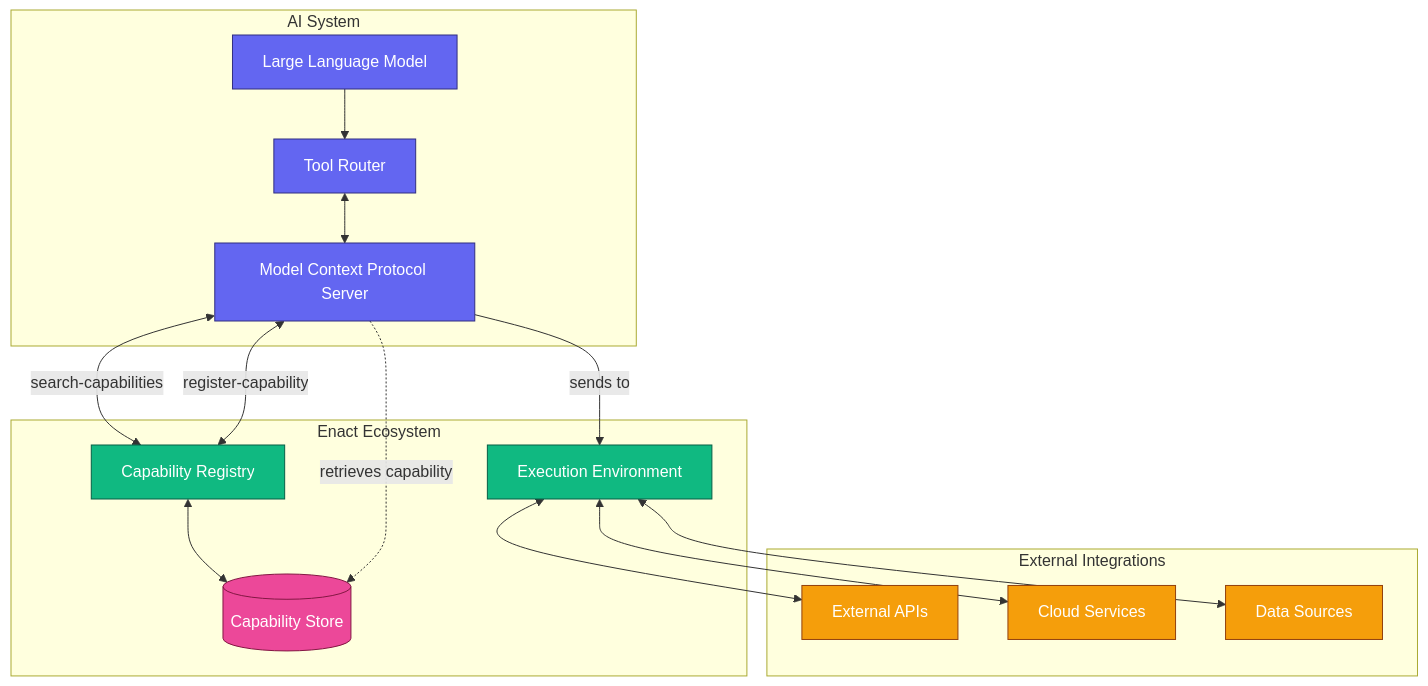
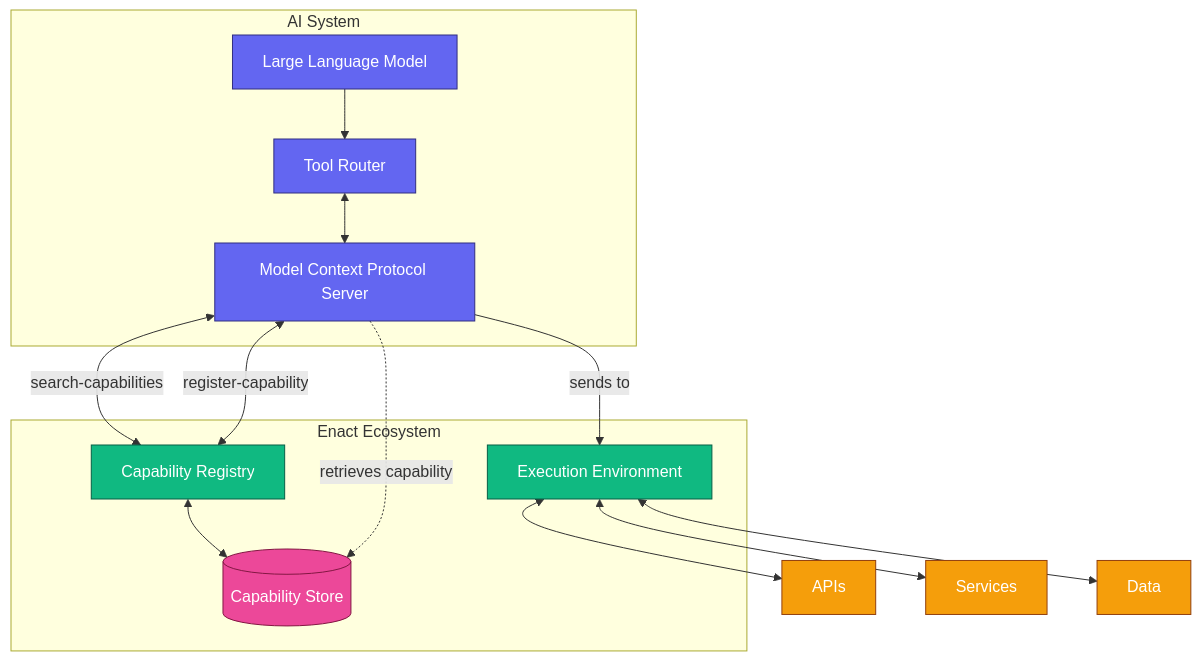
One commit to EnactProtocol/encat-spec-and-tools changed the first of 2 diagrams in README.md. Above: the diagram before and after it, drawn with Mermaid.

````diff
--- a/README.md
+++ b/README.md
@@ -29,44 +29,38 @@
 ```mermaid
 flowchart TB
     subgraph "AI System"
         LLM[Large Language Model]
         ToolRouter[Tool Router]
         MCPServer[Model Context Protocol Server]
     end
     
     subgraph "Enact Ecosystem"
         Registry[Capability Registry]
         ExecEnv[Execution Environment]
         CapabilityStore[(Capability Store)]
     end
     
     LLM --> ToolRouter
     ToolRouter <--> MCPServer
     MCPServer <-->|search-capabilities| Registry
     MCPServer <-->|register-capability| Registry
     
     Registry <--> CapabilityStore
     
     MCPServer -.->|retrieves capability| CapabilityStore
     MCPServer -->|sends to| ExecEnv
     
-    subgraph "External Integrations"
-        APIs[External APIs]
-        Services[Cloud Services]
-        Data[Data Sources]
-    end
-    
     ExecEnv <--> APIs
     ExecEnv <--> Services
     ExecEnv <--> Data
     
     classDef ai fill:#6366F1,stroke:#312E81,stroke-width:1px,color:white
     classDef enact fill:#10B981,stroke:#065F46,stroke-width:1px,color:white
     classDef external fill:#F59E0B,stroke:#92400E,stroke-width:1px,color:white
     classDef data fill:#EC4899,stroke:#831843,stroke-width:1px,color:white
     
     class LLM,ToolRouter,MCPServer ai
     class Registry,Capabilities,ExecEnv enact
     class APIs,Services,Data external
     class CapabilityStore data
 ```
````
